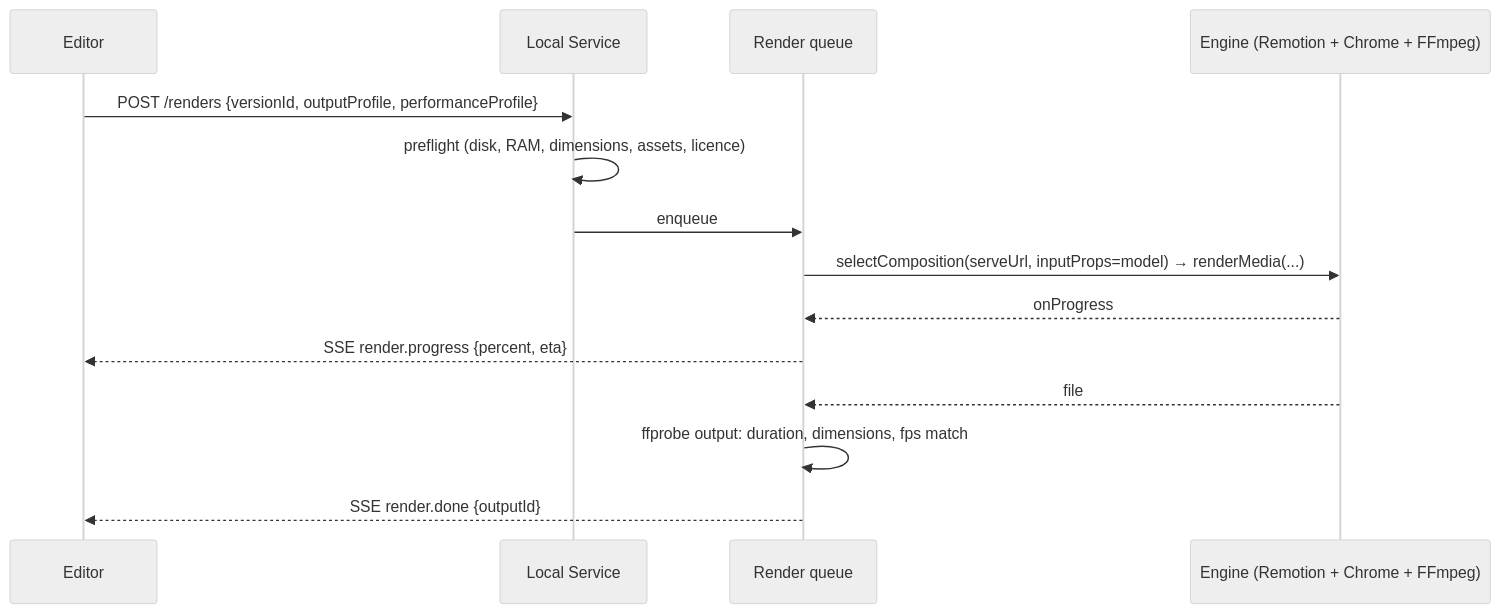
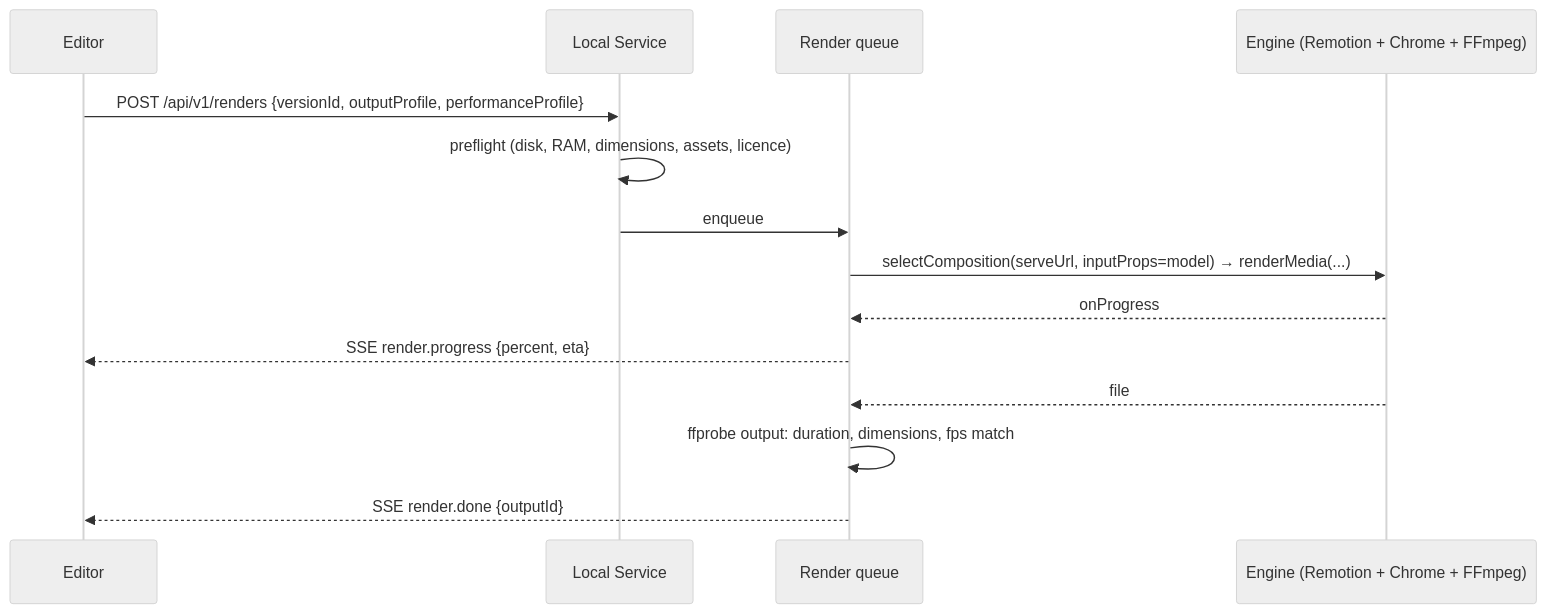
The fourth of 4 diagrams in docs/ARCHITECTURE.md (andreete/expertmotion), drawn with Mermaid (neutral theme) before and after one commit. The commit also changed other lines of this file and 10 other files, not shown here.

````diff
--- a/docs/ARCHITECTURE.md
+++ b/docs/ARCHITECTURE.md
@@ -148,16 +148,16 @@
 ```mermaid
 sequenceDiagram
   participant UI as Editor
   participant S as Local Service
   participant R as Render queue
   participant E as Engine (Remotion + Chrome + FFmpeg)
-  UI->>S: POST /renders {versionId, outputProfile, performanceProfile}
+  UI->>S: POST /api/v1/renders {versionId, outputProfile, performanceProfile}
   S->>S: preflight (disk, RAM, dimensions, assets, licence)
   S->>R: enqueue
   R->>E: selectComposition(serveUrl, inputProps=model) → renderMedia(...)
   E-->>R: onProgress
   R-->>UI: SSE render.progress {percent, eta}
   E-->>R: file
   R->>R: ffprobe output: duration, dimensions, fps match
   R-->>UI: SSE render.done {outputId}
 ```
````
